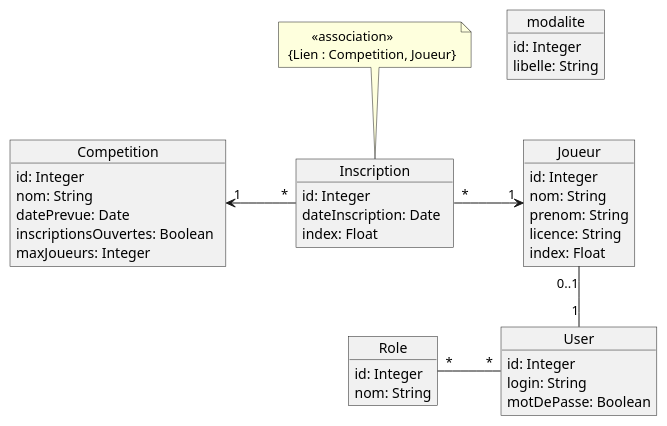
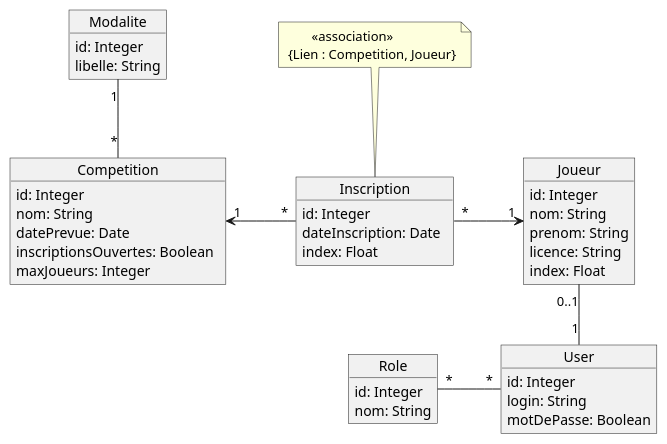
One commit to sio-melun/springsecuritydocs changed the diagram in src/docs/asciidoc/spring-security-intro.adoc. Above: the diagram before and after it, drawn with PlantUML.

Commit message:
Début de spécification Ebauche du modèle de données

```diff
--- a/src/docs/asciidoc/spring-security-intro.adoc
+++ b/src/docs/asciidoc/spring-security-intro.adoc
@@ -29,49 +29,50 @@
 [plantuml]
 ----
 object Competition {
   id: Integer
   nom: String
   datePrevue: Date
   inscriptionsOuvertes: Boolean\t
   maxJoueurs: Integer
 }
 
-object modalite {
+object Modalite {
   id: Integer
   libelle: String
   
 }
 
 object Joueur {
   id: Integer
   nom: String
   prenom: String
   licence: String
   index: Float
 
 }
 
 object User {
   id: Integer
   login: String
   motDePasse: Boolean
 }
 
 object Role {
   id: Integer
   nom: String
 }
 
 object Inscription {
   id: Integer
   dateInscription: Date\t
   index: Float
 }
 
 Inscription "*" -> "1" Joueur : "          "
 Competition "1" <- "*" Inscription : "          "
+Modalite "1" -- "*" Competition : "        "
 Joueur "0..1" -- "1" User
 Role "*" - "*" User : "        "
 note top of Inscription : \t<<association>>\n {Lien : Competition, Joueur}
 
 ----
```
